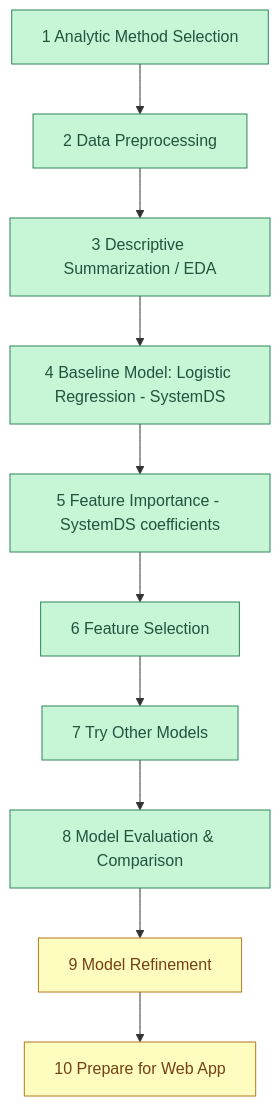
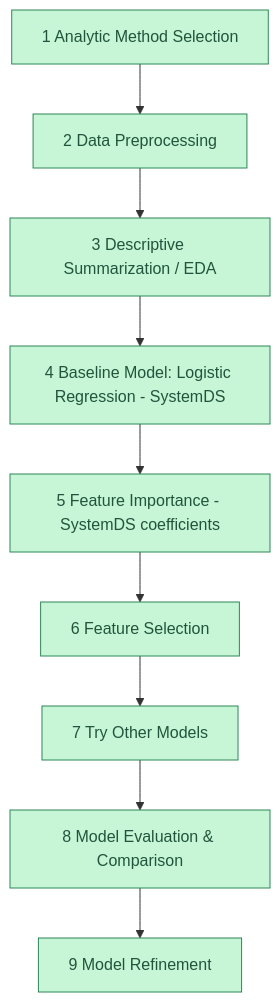
The diagram in solution.md (j143/heart-attack-analysis), drawn with Mermaid before and after one commit. The commit also changed other lines of this file, not shown here.

Commit message:
update the status

````diff
--- a/solution.md
+++ b/solution.md
@@ -18,21 +18,20 @@
 ```mermaid
 graph TD
     A[1 Analytic Method Selection]:::done
     B[2 Data Preprocessing]:::done
     C[3 Descriptive Summarization / EDA]:::done
     D[4 Baseline Model: Logistic Regression - SystemDS]:::done
     E[5 Feature Importance - SystemDS coefficients]:::done
     F[6 Feature Selection]:::done
     G[7 Try Other Models]:::done
     H[8 Model Evaluation & Comparison]:::done
-    I[9 Model Refinement]:::todo
-    J[10 Prepare for Web App]:::todo
+    I[9 Model Refinement]:::done
 
-    A --> B --> C --> D --> E --> F --> G --> H --> I --> J
+    A --> B --> C --> D --> E --> F --> G --> H --> I
 
     classDef done fill:#c6f6d5,stroke:#2f855a,color:#22543d
     classDef todo fill:#fefcbf,stroke:#b7791f,color:#744210
 
     class A,B,C,D,E,F,G,H done
-    class I,J todo
+    
 ```
````
